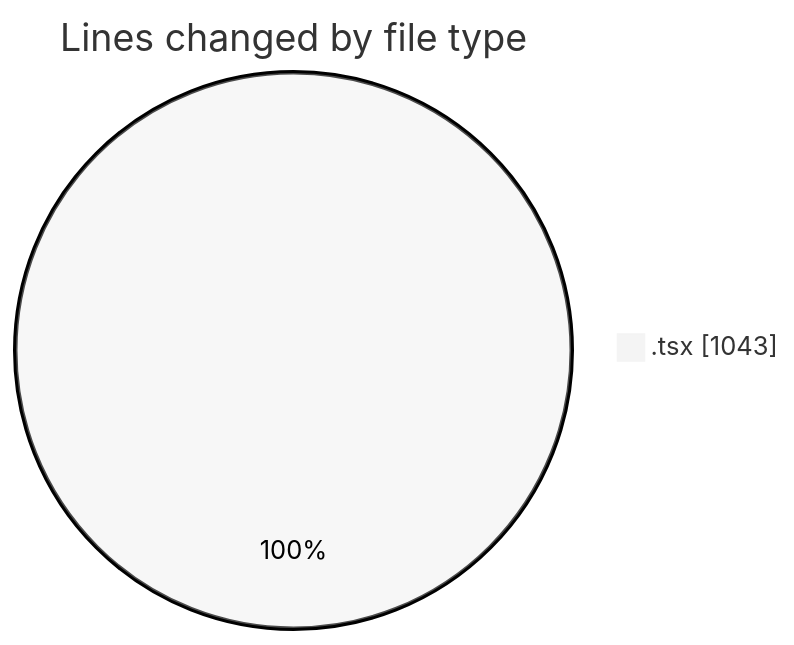
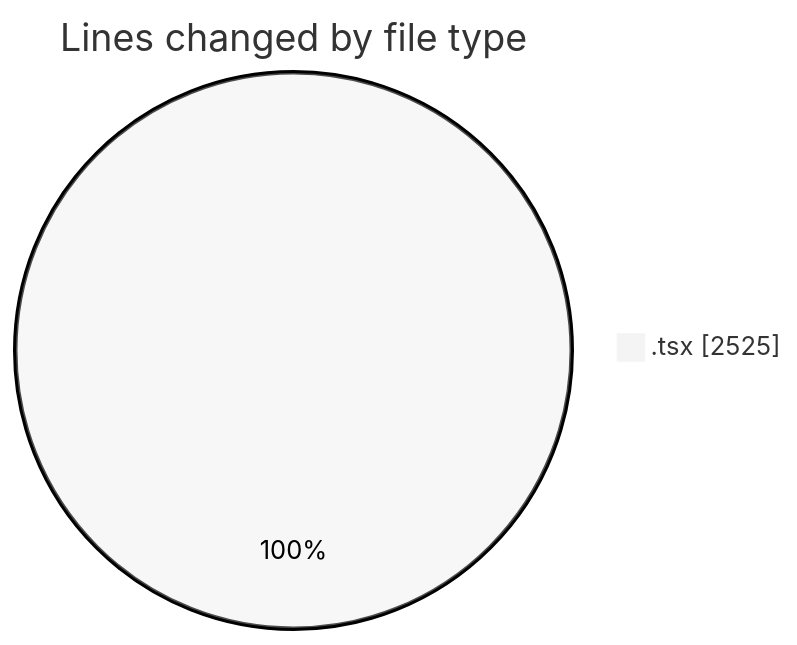
The first of 2 diagrams in 2026-05-24/nxtqube_webapp/README.md (nxtqubesakshisongat/code-tracking), drawn with Mermaid (neutral theme) before and after one commit. The commit also changed other lines of this file and 1 other file, not shown here.

````diff
--- a/2026-05-24/nxtqube_webapp/README.md
+++ b/2026-05-24/nxtqube_webapp/README.md
@@ -21,5 +22,5 @@
 ```mermaid
 pie showData
 title Lines changed by file type
-".tsx" : 1043
+".tsx" : 2525
 ```
````
